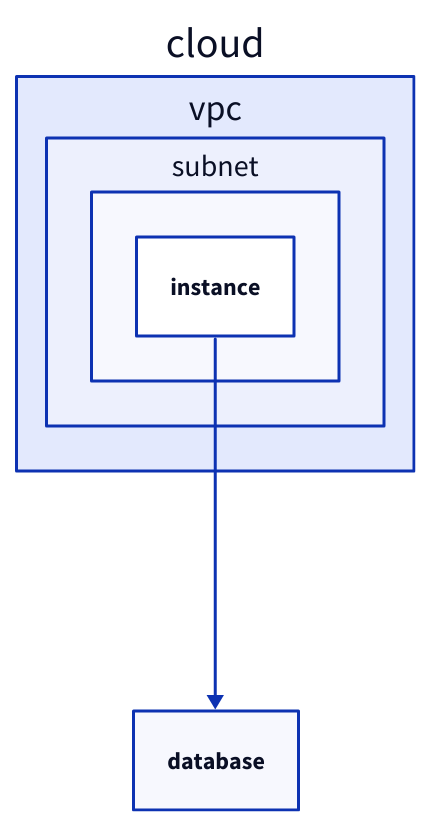
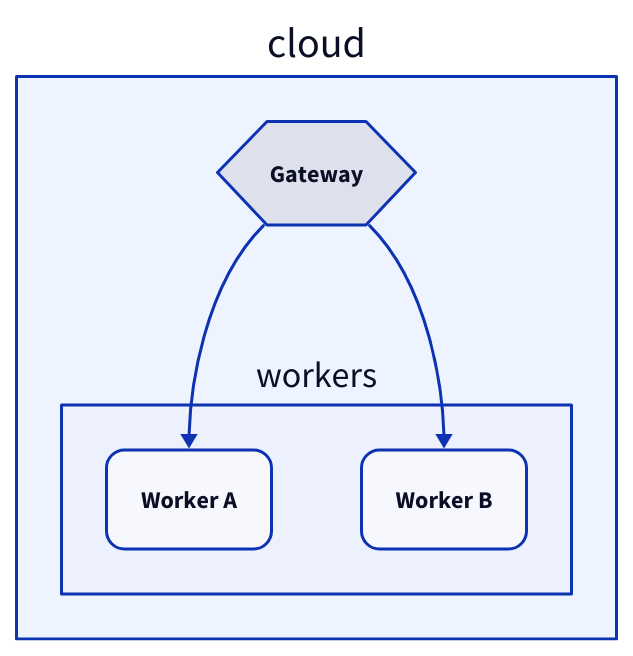
The second of 6 diagrams in d2/CHEATSHEET.md (h0rv/d2-mcp), drawn with D2 before and after one commit. The commit also changed other lines of this file and 58 other files, not shown here.

````diff
--- a/d2/CHEATSHEET.md
+++ b/d2/CHEATSHEET.md
@@ -158,12 +22,13 @@
 ```d2
 cloud: {
-  vpc: {
-    subnet: {
-      instance
-    }
+  api: Gateway {shape: hexagon}
+  workers: {
+    a: Worker A
+    b: Worker B
   }
+  api -> workers.a
+  api -> workers.b
 }
-
-# Connect across containers
-cloud.vpc.subnet.instance -> database
+cloud.style.fill: "#eef4ff"
+cloud.workers.*.style.border-radius: 12
 ```
````
